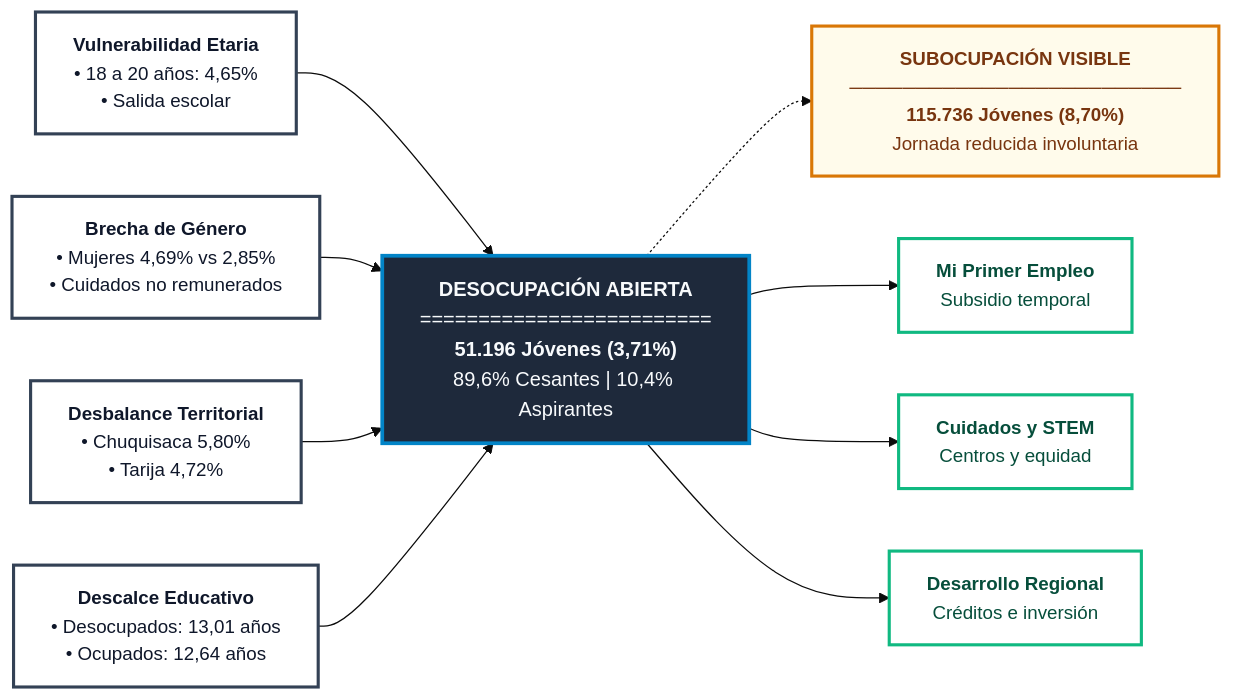
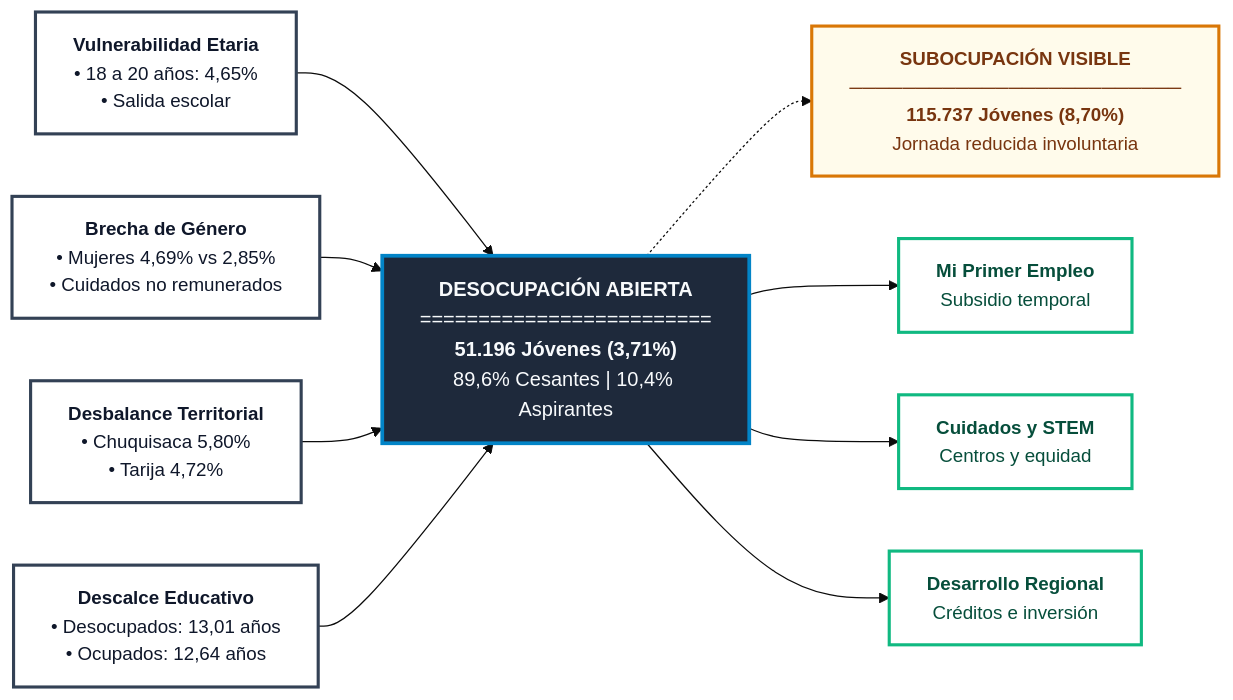
One commit to Franz-Gonzales/Proyecto-Final-Data-Science changed the fifth of 6 diagrams in docs/Proyecto_Monografia_Data_Science_Desocupacion_Juvenil_Bolivia.docx.md. Above: the diagram before and after it, drawn with Mermaid (base theme). The commit also changed other lines of this file and 3 other files, not shown here.

````diff
--- a/docs/Proyecto_Monografia_Data_Science_Desocupacion_Juvenil_Bolivia.docx.md
+++ b/docs/Proyecto_Monografia_Data_Science_Desocupacion_Juvenil_Bolivia.docx.md
@@ -1149,35 +1165,35 @@
 ```mermaid
 flowchart LR
     %% ESTILOS MONOCROMÁTICOS CON ACENTO
     classDef cardLeft fill:#FFFFFF,stroke:#334155,stroke-width:2.5px,color:#0F172A,font-size:15px;
     classDef cardCenter fill:#1E293B,stroke:#0284C7,stroke-width:3px,color:#F8FAFC,font-size:16px;
     classDef cardWarning fill:#FFFBEB,stroke:#D97706,stroke-width:2.5px,color:#78350F,font-size:15px;
     classDef cardRight fill:#FFFFFF,stroke:#10B981,stroke-width:2.5px,color:#064E3B,font-size:15px;
 
     %% BLOQUE CAUSAS
     F1["<b>Vulnerabilidad Etaria</b><br/>• 18 a 20 años: 4,65%<br/>• Salida escolar"]:::cardLeft
     F2["<b>Brecha de Género</b><br/>• Mujeres 4,69% vs 2,85%<br/>• Cuidados no remunerados"]:::cardLeft
     F3["<b>Desbalance Territorial</b><br/>• Chuquisaca 5,80%<br/>• Tarija 4,72%"]:::cardLeft
     F4["<b>Descalce Educativo</b><br/>• Desocupados: 13,01 años<br/>• Ocupados: 12,64 años"]:::cardLeft
 
     %% NÚCLEO IMPACTO
     D1["<b>DESOCUPACIÓN ABIERTA</b><br/>=========================<br/><b>51.196 Jóvenes (3,71%)</b><br/>89,6% Cesantes | 10,4% Aspirantes"]:::cardCenter
-    D2["<b>SUBOCUPACIÓN VISIBLE</b><br/>─────────────────────────<br/><b>115.736 Jóvenes (8,70%)</b><br/>Jornada reducida involuntaria"]:::cardWarning
+    D2["<b>SUBOCUPACIÓN VISIBLE</b><br/>─────────────────────────<br/><b>115.737 Jóvenes (8,70%)</b><br/>Jornada reducida involuntaria"]:::cardWarning
 
     %% SOLUCIONES
     P1["<b>Mi Primer Empleo</b><br/>Subsidio temporal"]:::cardRight
     P2["<b>Cuidados y STEM</b><br/>Centros y equidad"]:::cardRight
     P3["<b>Desarrollo Regional</b><br/>Créditos e inversión"]:::cardRight
 
     %% ENLACES
     F1 --> D1
     F2 --> D1
     F3 --> D1
     F4 --> D1
 
     D1 -.-> D2
 
     D1 --> P1
     D1 --> P2
     D1 --> P3
 ```
````
